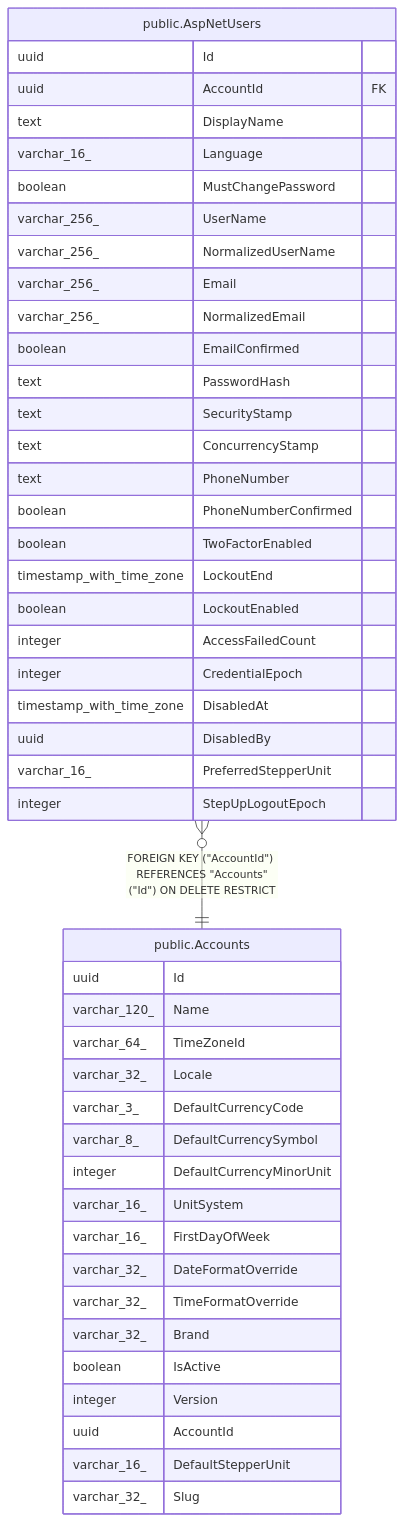
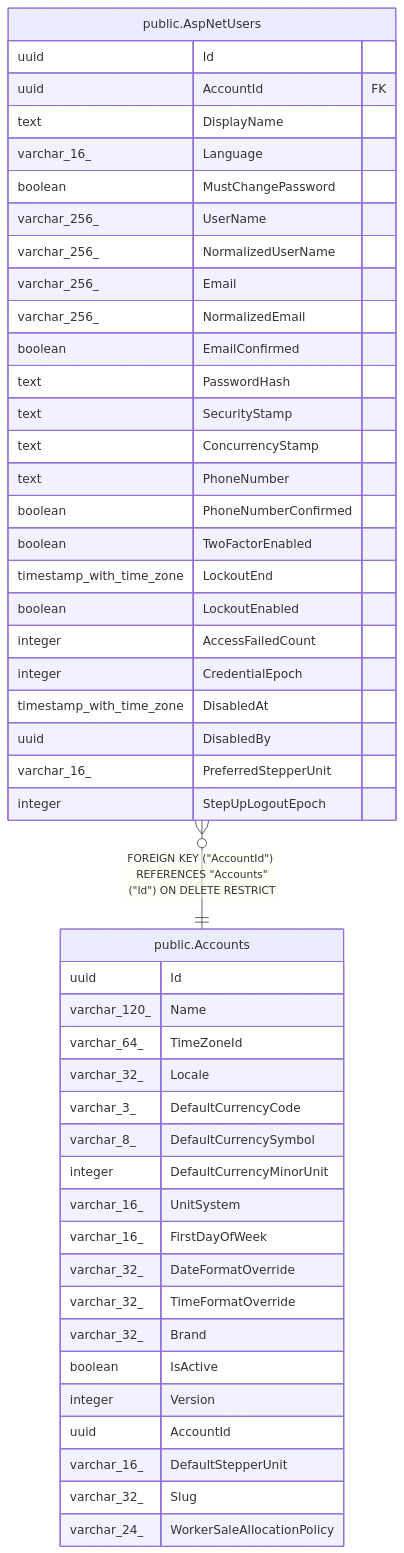
One commit to mforce/cluckwork changed the diagram in docs/schema/public.Accounts.md. Above: the diagram before and after it, drawn with Mermaid. The commit also changed other lines of this file and 62 other files, not shown here.

First line of the commit message:
feat: add configurable worker sale allocation (#619)

````diff
--- a/docs/schema/public.Accounts.md
+++ b/docs/schema/public.Accounts.md
@@ -59,51 +61,52 @@
 ```mermaid
 erDiagram
 
 "public.AspNetUsers" }o--|| "public.Accounts" : "FOREIGN KEY (#quot;AccountId#quot;) REFERENCES #quot;Accounts#quot;(#quot;Id#quot;) ON DELETE RESTRICT"
 
 "public.Accounts" {
   uuid Id
   varchar_120_ Name
   varchar_64_ TimeZoneId
   varchar_32_ Locale
   varchar_3_ DefaultCurrencyCode
   varchar_8_ DefaultCurrencySymbol
   integer DefaultCurrencyMinorUnit
   varchar_16_ UnitSystem
   varchar_16_ FirstDayOfWeek
   varchar_32_ DateFormatOverride
   varchar_32_ TimeFormatOverride
   varchar_32_ Brand
   boolean IsActive
   integer Version
   uuid AccountId
   varchar_16_ DefaultStepperUnit
   varchar_32_ Slug
+  varchar_24_ WorkerSaleAllocationPolicy
 }
 "public.AspNetUsers" {
   uuid Id
   uuid AccountId FK
   text DisplayName
   varchar_16_ Language
   boolean MustChangePassword
   varchar_256_ UserName
   varchar_256_ NormalizedUserName
   varchar_256_ Email
   varchar_256_ NormalizedEmail
   boolean EmailConfirmed
   text PasswordHash
   text SecurityStamp
   text ConcurrencyStamp
   text PhoneNumber
   boolean PhoneNumberConfirmed
   boolean TwoFactorEnabled
   timestamp_with_time_zone LockoutEnd
   boolean LockoutEnabled
   integer AccessFailedCount
   integer CredentialEpoch
   timestamp_with_time_zone DisabledAt
   uuid DisabledBy
   varchar_16_ PreferredStepperUnit
   integer StepUpLogoutEpoch
 }
 ```
````
